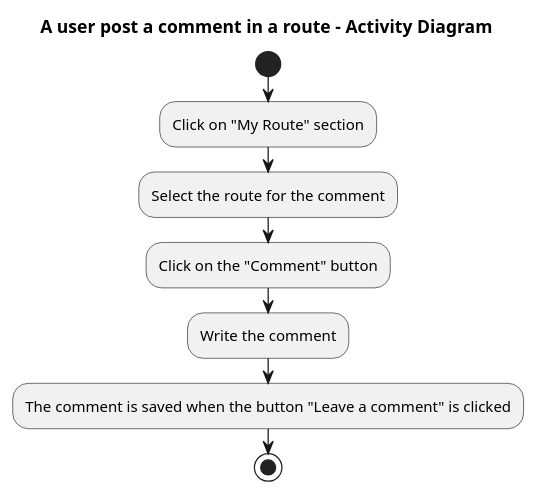
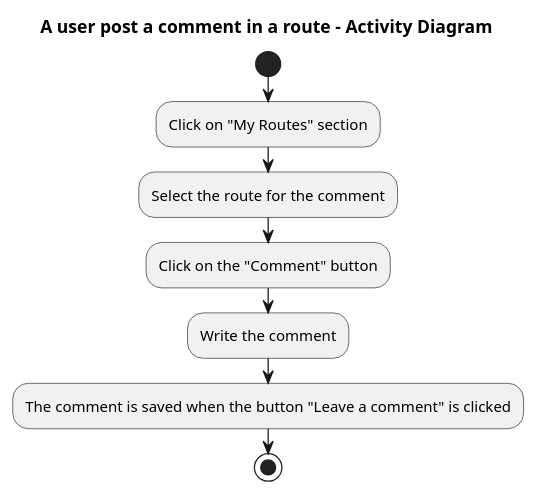
One commit to Arquisoft/viade_en1b changed the diagram in src/docs/diagrams/06-03_commentRoute.puml. Above: the diagram before and after it, drawn with PlantUML.

Commit message:
Fixed wrong name of section on comment route diagram.

```diff
--- a/src/docs/diagrams/06-03_commentRoute.puml
+++ b/src/docs/diagrams/06-03_commentRoute.puml
@@ -1,15 +1,15 @@
-title A user post a comment in a route - Activity Diagram 
+title A user post a comment in a route - Activity Diagram
 
 start
 
-:Click on "My Route" section;
+:Click on "My Routes" section;
 
 :Select the route for the comment;
 
 :Click on the "Comment" button;
 
 :Write the comment;
 
 :The comment is saved when the button "Leave a comment" is clicked;
 
 stop
```
